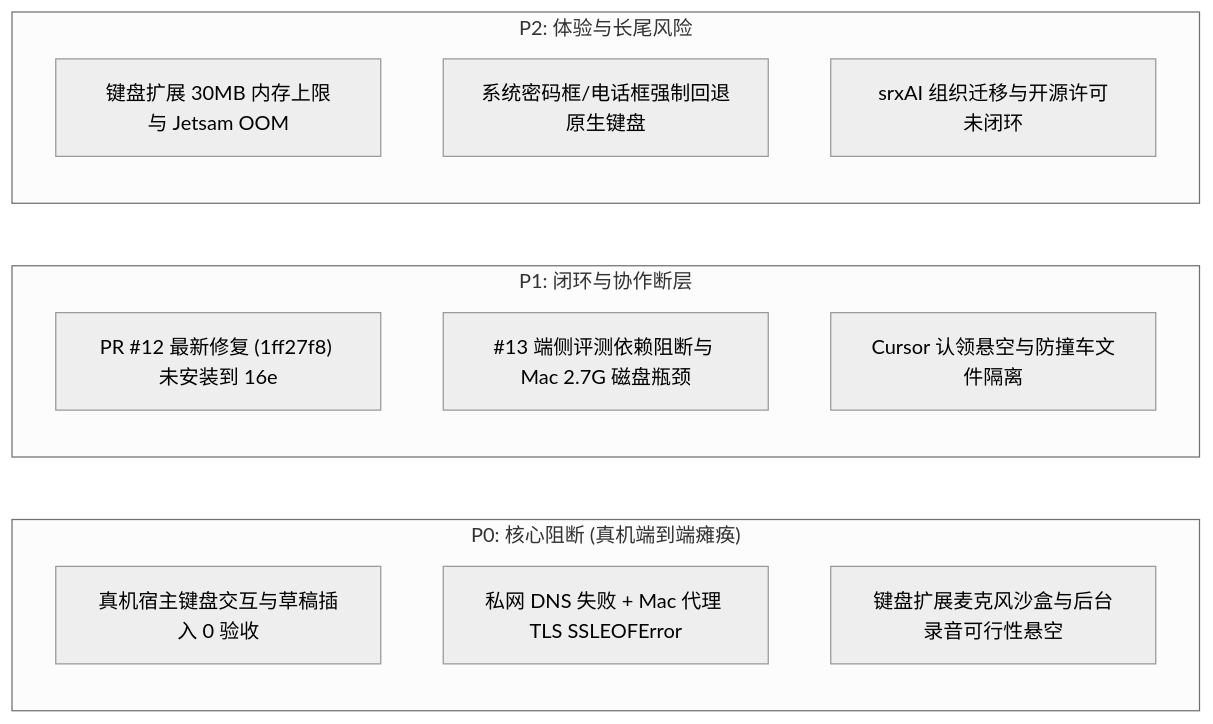
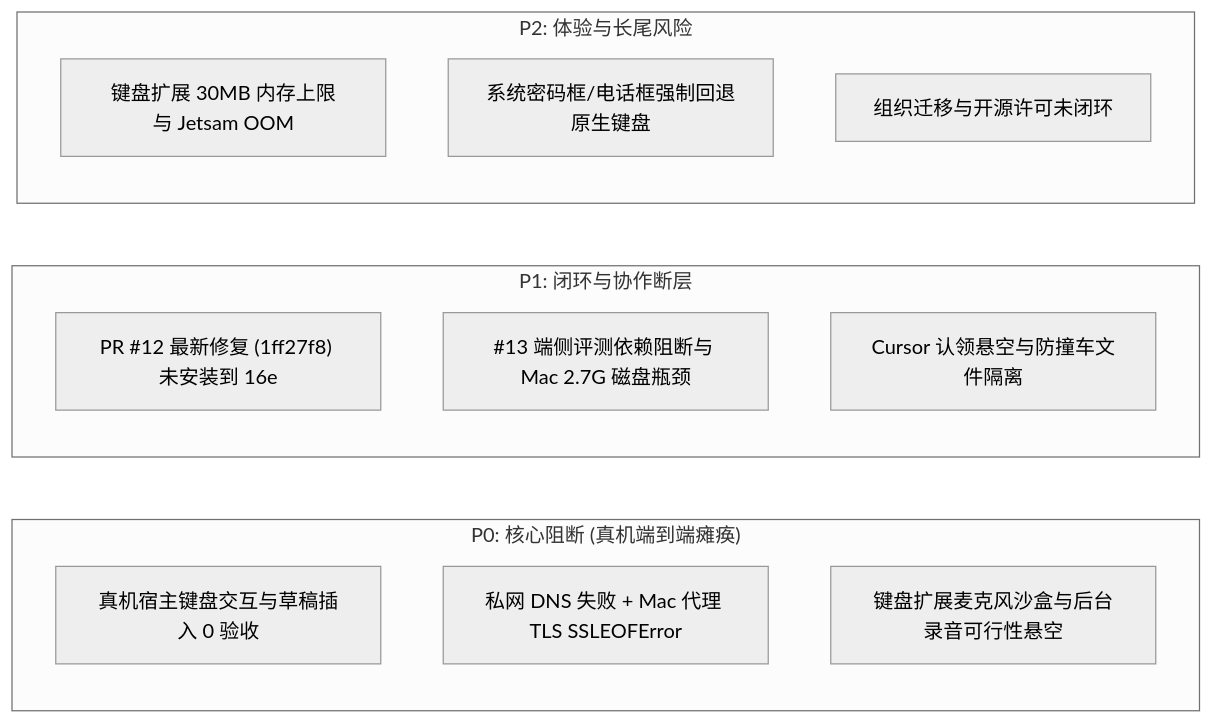
The second of 4 diagrams in docs/agy-sprint-20261118/03b-言出文随验收审查-完整版.md (evan188199-tech/voice-polish-keyboard), drawn with Mermaid (neutral theme) before and after one commit. The commit also changed other lines of this file and 16 other files, not shown here.

````diff
--- a/docs/agy-sprint-20261118/03b-言出文随验收审查-完整版.md
+++ b/docs/agy-sprint-20261118/03b-言出文随验收审查-完整版.md
@@ -214,18 +214,18 @@
 ```mermaid
 graph LR
     subgraph P0["P0: 核心阻断 (真机端到端瘫痪)"]
         R1["真机宿主键盘交互与草稿插入 0 验收"]
         R2["私网 DNS 失败 + Mac 代理 TLS SSLEOFError"]
         R3["键盘扩展麦克风沙盒与后台录音可行性悬空"]
     end
     subgraph P1["P1: 闭环与协作断层"]
         R4["PR #12 最新修复 (1ff27f8) 未安装到 16e"]
         R5["#13 端侧评测依赖阻断与 Mac 2.7G 磁盘瓶颈"]
         R6["Cursor 认领悬空与防撞车文件隔离"]
     end
     subgraph P2["P2: 体验与长尾风险"]
         R7["键盘扩展 30MB 内存上限与 Jetsam OOM"]
         R8["系统密码框/电话框强制回退原生键盘"]
-        R9["srxAI 组织迁移与开源许可未闭环"]
+        R9["组织迁移与开源许可未闭环"]
     end
 ```
````
